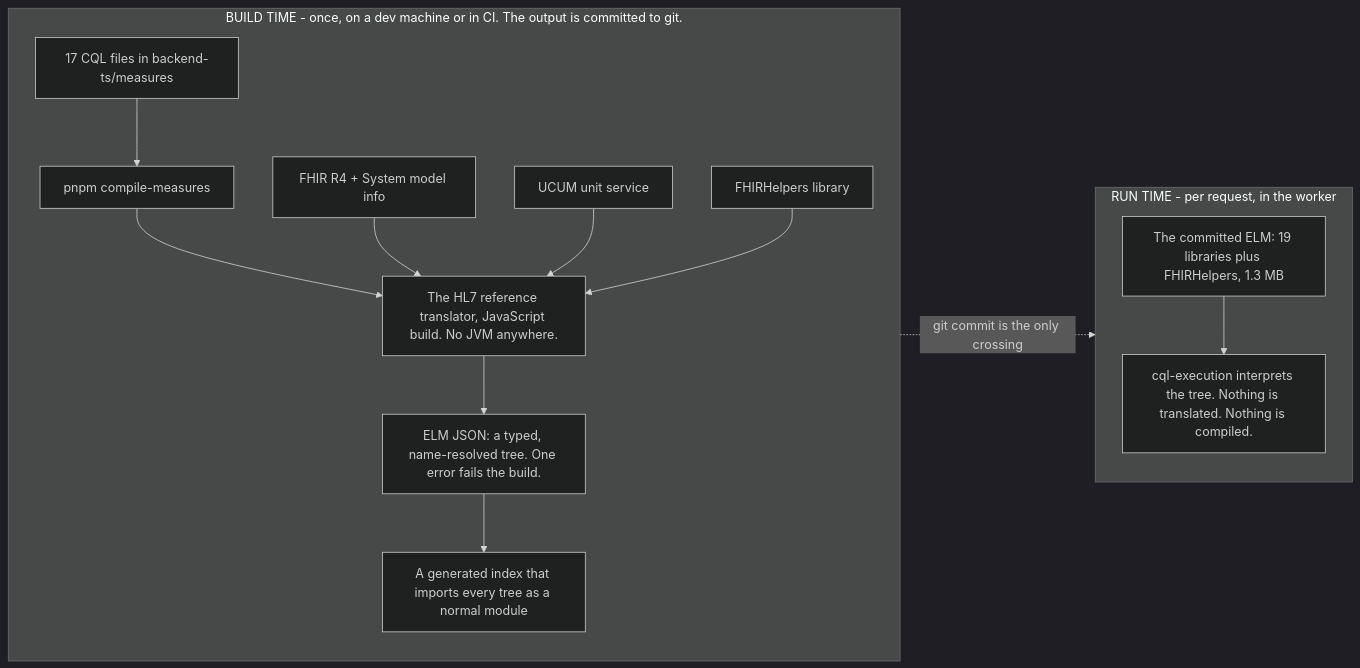
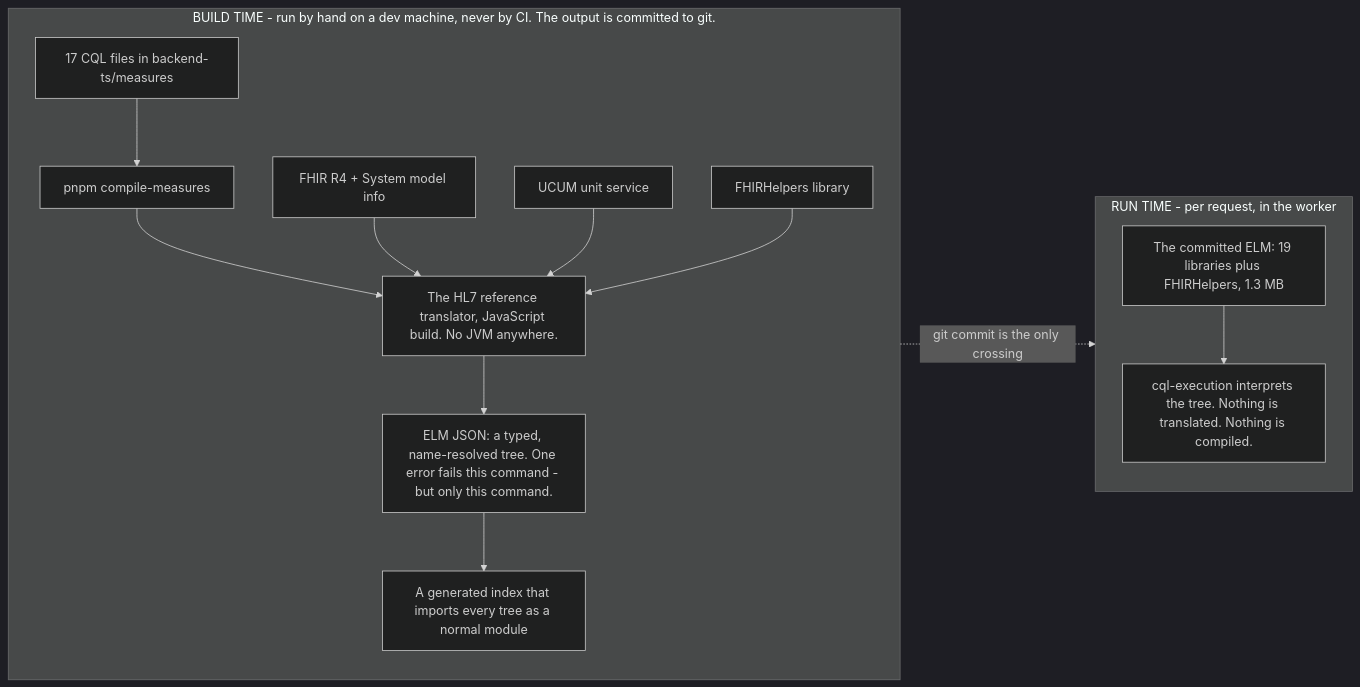
The first of 2 diagrams in docs/guide/03-compiler-and-elm.md (Taleef7/workwell), drawn with Mermaid (dark theme) before and after one commit. The commit also changed other lines of this file and 1 other file, not shown here.

````diff
--- a/docs/guide/03-compiler-and-elm.md
+++ b/docs/guide/03-compiler-and-elm.md
@@ -12,25 +16,25 @@
 ```mermaid
 flowchart LR
-  subgraph BT["BUILD TIME - once, on a dev machine or in CI. The output is committed to git."]
+  subgraph BT["BUILD TIME - run by hand on a dev machine, never by CI. The output is committed to git."]
     direction TB
     B1["17 CQL files in backend-ts/measures"]
     B2["pnpm compile-measures"]
     B3["The HL7 reference translator, JavaScript build. No JVM anywhere."]
     B4["FHIR R4 + System model info"]
     B5["UCUM unit service"]
     B6["FHIRHelpers library"]
-    B7["ELM JSON: a typed, name-resolved tree. One error fails the build."]
+    B7["ELM JSON: a typed, name-resolved tree. One error fails this command - but only this command."]
     B8["A generated index that imports every tree as a normal module"]
     B1 --> B2 --> B3 --> B7 --> B8
     B4 --> B3
     B5 --> B3
     B6 --> B3
   end
   subgraph RT["RUN TIME - per request, in the worker"]
     direction TB
     R1["The committed ELM: 19 libraries plus FHIRHelpers, 1.3 MB"]
     R2["cql-execution interprets the tree. Nothing is translated. Nothing is compiled."]
     R1 --> R2
   end
   B8 -. "git commit is the only crossing" .-> R1
 ```
````
